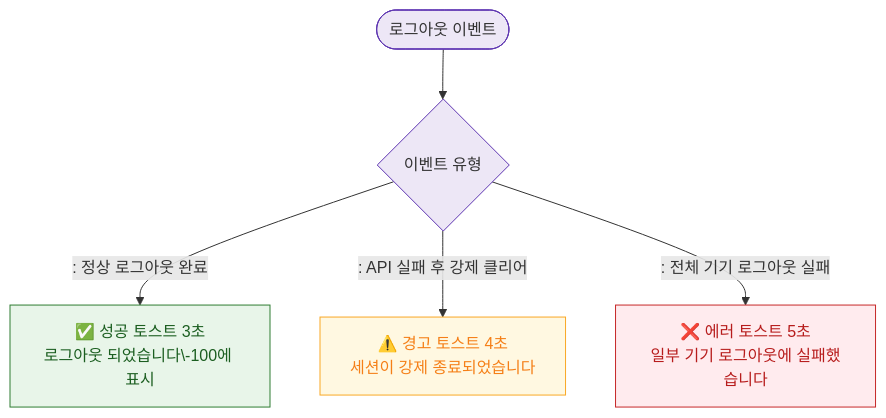
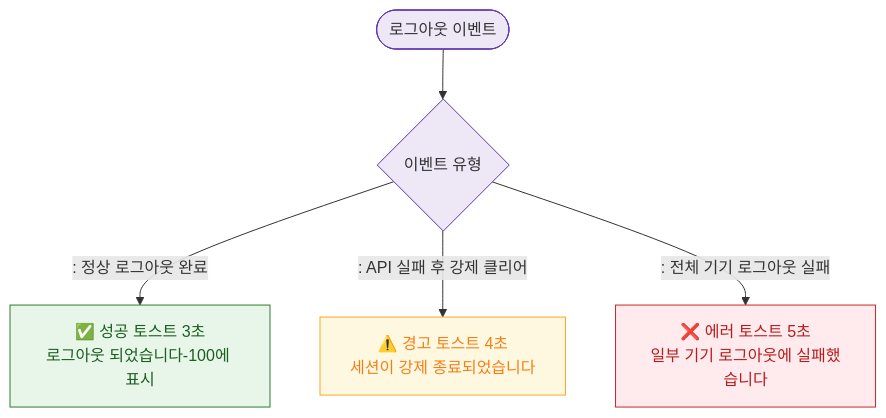
One commit to dev-spogym/admin-pando changed the diagram in docs/admin/다이어그램/D01_공통/SCR-109_로그아웃/F9_토스트.md. Above: the diagram before and after it, drawn with Mermaid. The commit also changed 369 other files, not shown here.

````diff
--- a/docs/admin/다이어그램/D01_공통/SCR-109_로그아웃/F9_토스트.md
+++ b/docs/admin/다이어그램/D01_공통/SCR-109_로그아웃/F9_토스트.md
@@ -17,19 +17,19 @@
 ```mermaid
 flowchart TD
     ACTIONS([로그아웃 이벤트]) --> EVENT_TYPE{이벤트 유형}
 
-    EVENT_TYPE -->|": 정상 로그아웃 완료"|T_SUCCESS_1[✅ 성공 토스트 3초\n로그아웃 되었습니다\-100에 표시]
+    EVENT_TYPE -->|": 정상 로그아웃 완료"|T_SUCCESS_1[✅ 성공 토스트 3초\n로그아웃 되었습니다-100에 표시]
 
     EVENT_TYPE -->|": API 실패 후 강제 클리어"|T_WARN_1[⚠️ 경고 토스트 4초\n세션이 강제 종료되었습니다]
 
     EVENT_TYPE -->|": 전체 기기 로그아웃 실패"|T_ERR_1[❌ 에러 토스트 5초\n일부 기기 로그아웃에 실패했습니다]
 
     classDef success fill:#E8F5E9,stroke:#2E7D32,color:#1B5E20
     classDef warning fill:#FFF8E1,stroke:#F9A825,color:#F57F17
     classDef error fill:#FFEBEE,stroke:#C62828,color:#B71C1C
     classDef system fill:#EDE7F6,stroke:#5E35B2
     class T_SUCCESS_1 success
     class T_WARN_1 warning
     class T_ERR_1 error
     class ACTIONS,EVENT_TYPE system
 ```
````
